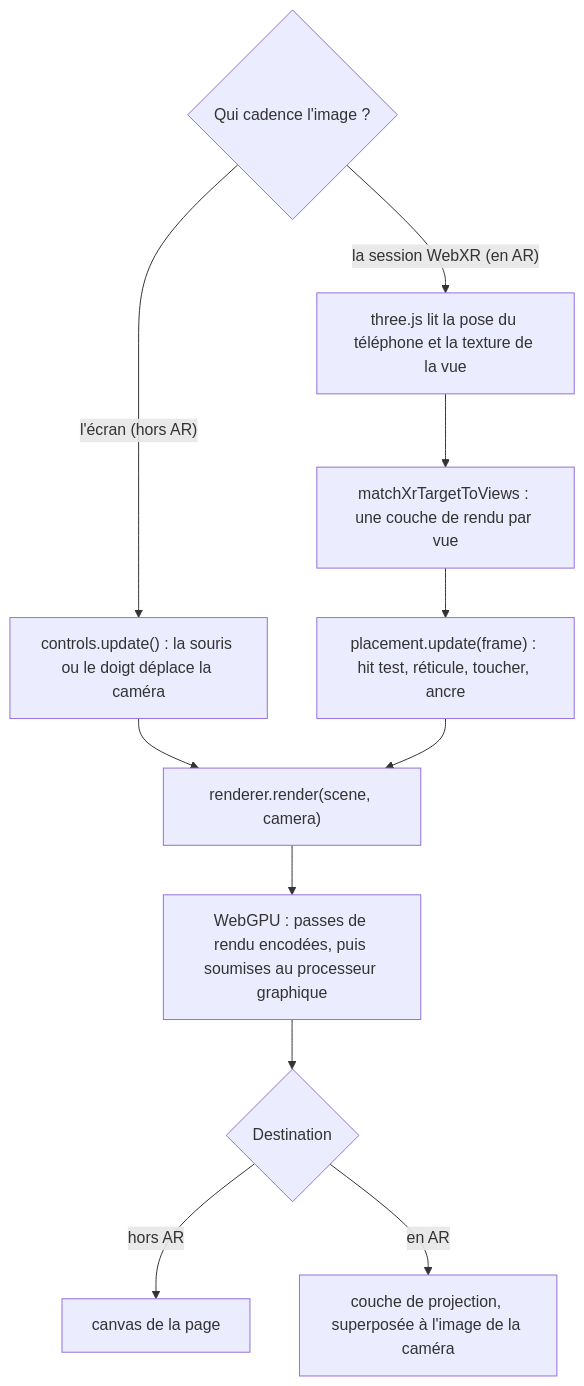
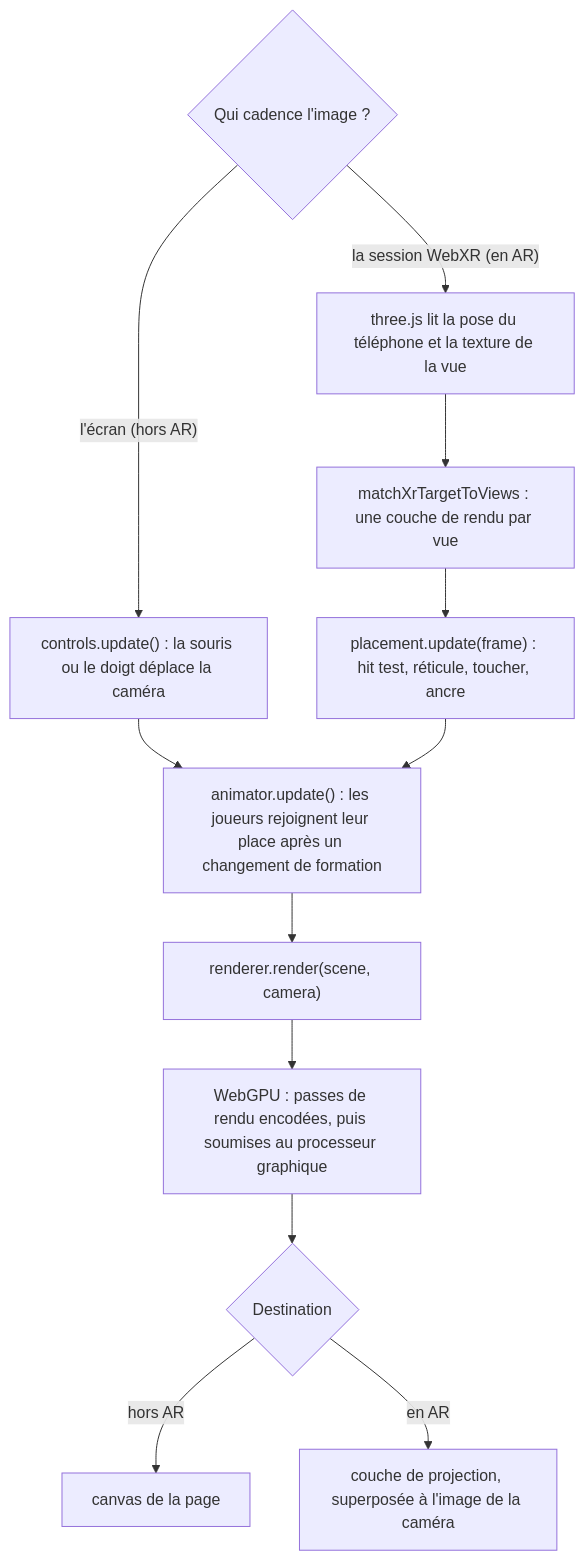
Before and after one commit to bilelkhlif/footballsimulator: the diagram in README.md, drawn with Mermaid. The commit also changed other lines of this file and 7 other files, not shown here.

````diff
--- a/README.md
+++ b/README.md
@@ -88,13 +100,14 @@
 ```mermaid
 flowchart TD
   T{"Qui cadence l'image ?"} -- "l'écran (hors AR)" --> A["controls.update() : la souris ou le doigt déplace la caméra"]
   T -- "la session WebXR (en AR)" --> X["three.js lit la pose du téléphone et la texture de la vue"]
   X --> M["matchXrTargetToViews : une couche de rendu par vue"]
   M --> P["placement.update(frame) : hit test, réticule, toucher, ancre"]
-  A --> R["renderer.render(scene, camera)"]
-  P --> R
+  A --> AN["animator.update() : les joueurs rejoignent leur place après un changement de formation"]
+  P --> AN
+  AN --> R["renderer.render(scene, camera)"]
   R --> G["WebGPU : passes de rendu encodées, puis soumises au processeur graphique"]
   G --> S{"Destination"}
   S -- "hors AR" --> C["canvas de la page"]
   S -- "en AR" --> L["couche de projection, superposée à l'image de la caméra"]
 ```
````
